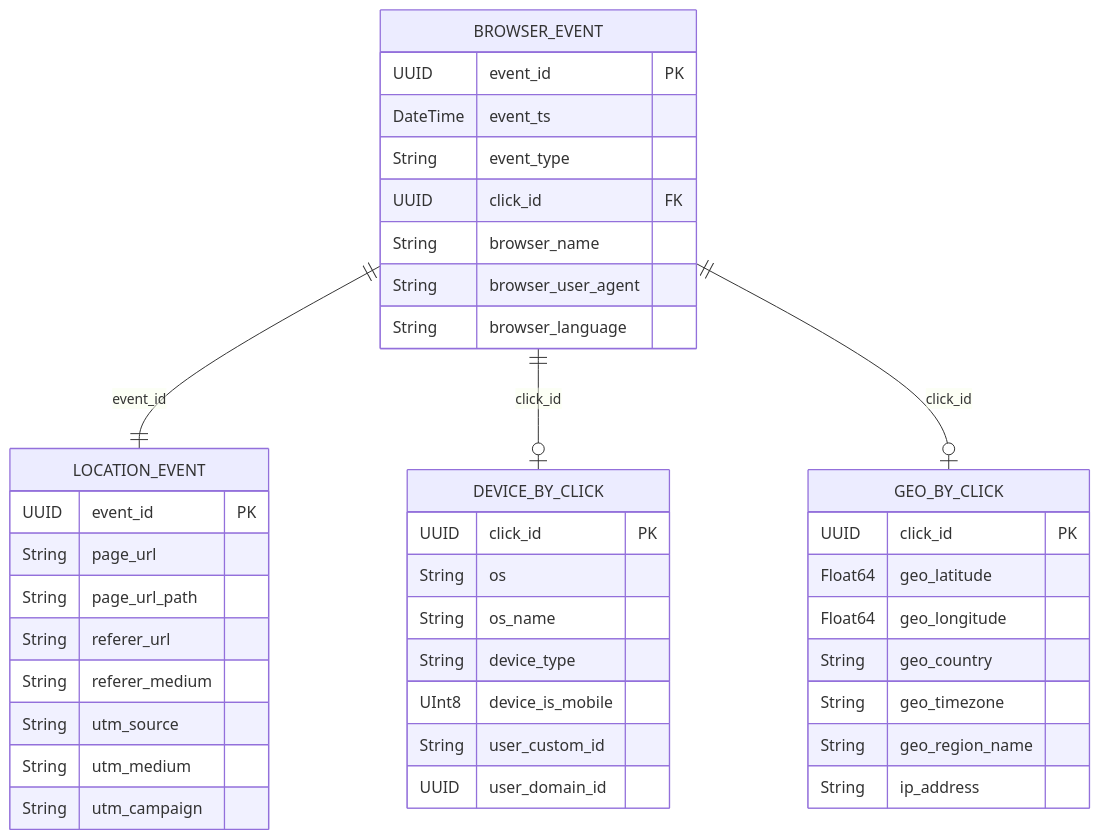
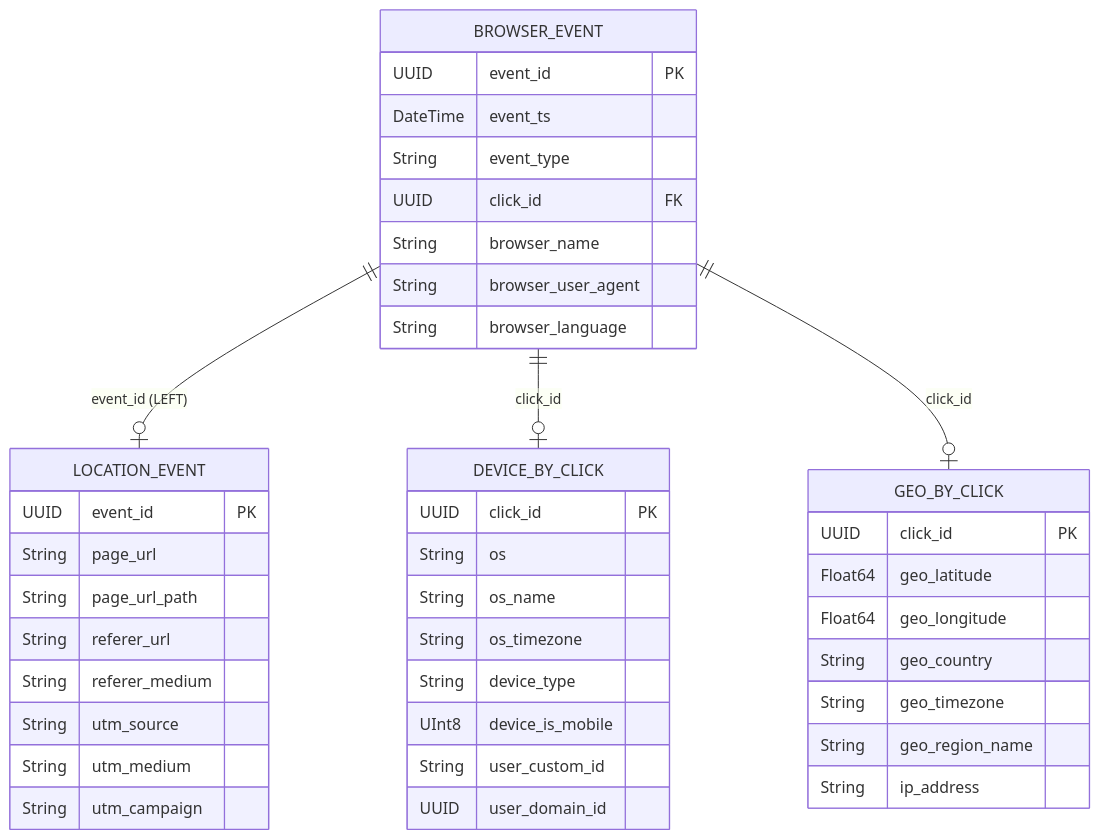
One commit to dementev-dev/clickstream-ch-kafka-superset-demo changed the fourth of 6 diagrams in docs/ARCHITECTURE.md. Above: the diagram before and after it, drawn with Mermaid. The commit also changed other lines of this file and 6 other files, not shown here.

````diff
--- a/docs/ARCHITECTURE.md
+++ b/docs/ARCHITECTURE.md
@@ -396,47 +397,48 @@
 ```mermaid
 erDiagram
-    BROWSER_EVENT ||--|| LOCATION_EVENT : "event_id"
+    BROWSER_EVENT ||--o| LOCATION_EVENT : "event_id (LEFT)"
     BROWSER_EVENT ||--o| DEVICE_BY_CLICK : "click_id"
     BROWSER_EVENT ||--o| GEO_BY_CLICK : "click_id"
     
     BROWSER_EVENT {
         UUID event_id PK
         DateTime event_ts
         String event_type
         UUID click_id FK
         String browser_name
         String browser_user_agent
         String browser_language
     }
     
     LOCATION_EVENT {
         UUID event_id PK
         String page_url
         String page_url_path
         String referer_url
         String referer_medium
         String utm_source
         String utm_medium
         String utm_campaign
     }
     
     DEVICE_BY_CLICK {
         UUID click_id PK
         String os
         String os_name
+        String os_timezone
         String device_type
         UInt8 device_is_mobile
         String user_custom_id
         UUID user_domain_id
     }
     
     GEO_BY_CLICK {
         UUID click_id PK
         Float64 geo_latitude
         Float64 geo_longitude
         String geo_country
         String geo_timezone
         String geo_region_name
         String ip_address
     }
 ```
````
